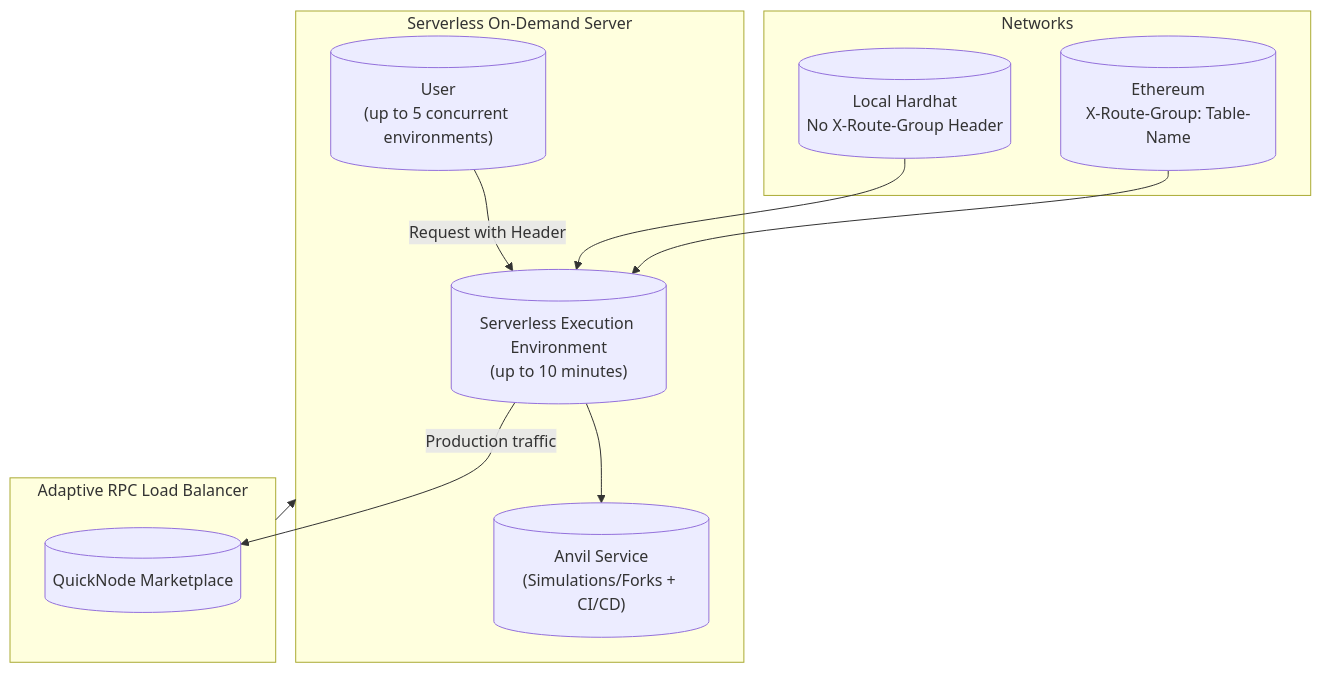
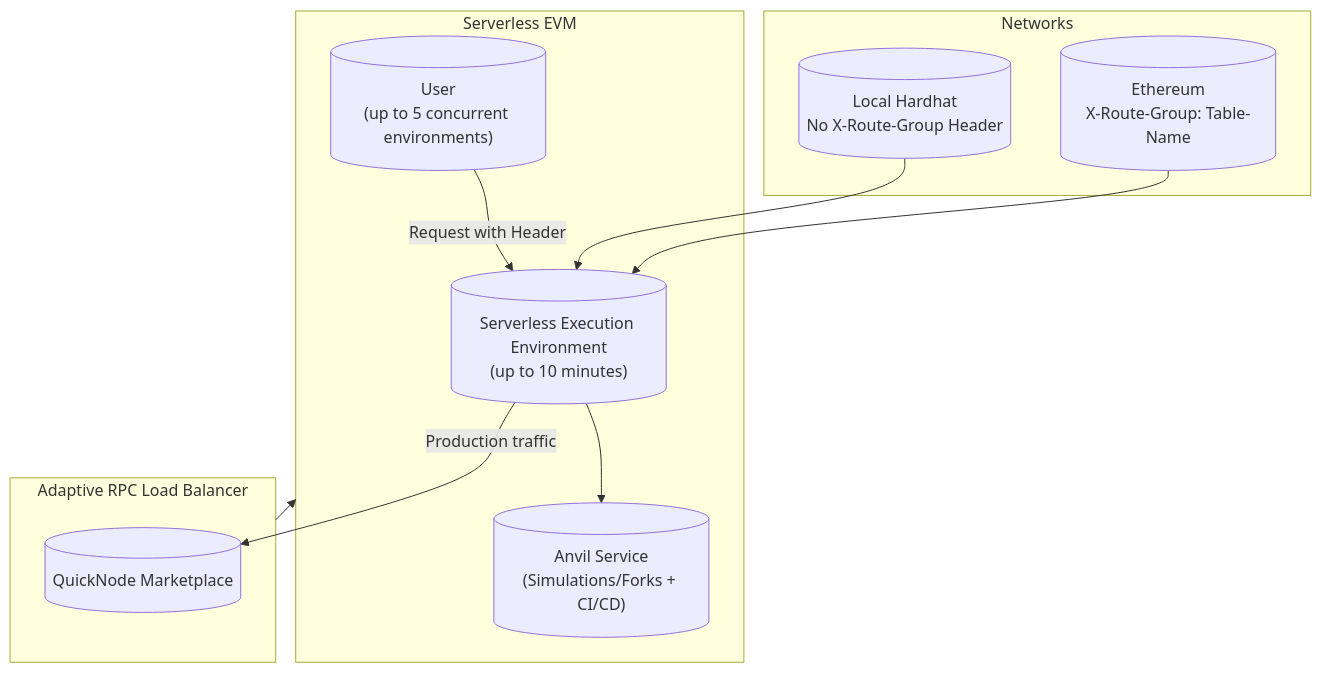
Before and after one commit to zeus-fyi/zeus: the diagram in apps/docusaurus/zeusfyi/docs/lb/guide/serverless.md, drawn with Mermaid. The commit also changed other lines of this file, not shown here.

Commit message:
add anvil serverless docs

````diff
--- a/apps/docusaurus/zeusfyi/docs/lb/guide/serverless.md
+++ b/apps/docusaurus/zeusfyi/docs/lb/guide/serverless.md
@@ -30,20 +30,20 @@
 ```mermaid
 flowchart TD
-    subgraph ServerlessEnvironment ["Serverless On-Demand Server"]
+    subgraph ServerlessEnvironment ["Serverless EVM"]
         User[("User\n(up to 5 concurrent environments)")] -->|Request with Header| Session
         Session[("Serverless Execution Environment\n(up to 10 minutes)")] --> AnvilService
         AnvilService[("Anvil Service\n(Simulations/Forks + CI/CD)")]
     end
 
     subgraph LoadBalancer ["Adaptive RPC Load Balancer"]
         Session -->|Production traffic| QuickNodeMarketplace[("QuickNode Marketplace")]
     end
 
     subgraph Networks
         LocalHardhat[("Local Hardhat\nNo X-Route-Group Header")] --> Session
         Ethereum[("Ethereum\nX-Route-Group: Table-Name")] --> Session
     end
 
     LoadBalancer --> ServerlessEnvironment
 
 ```
````
